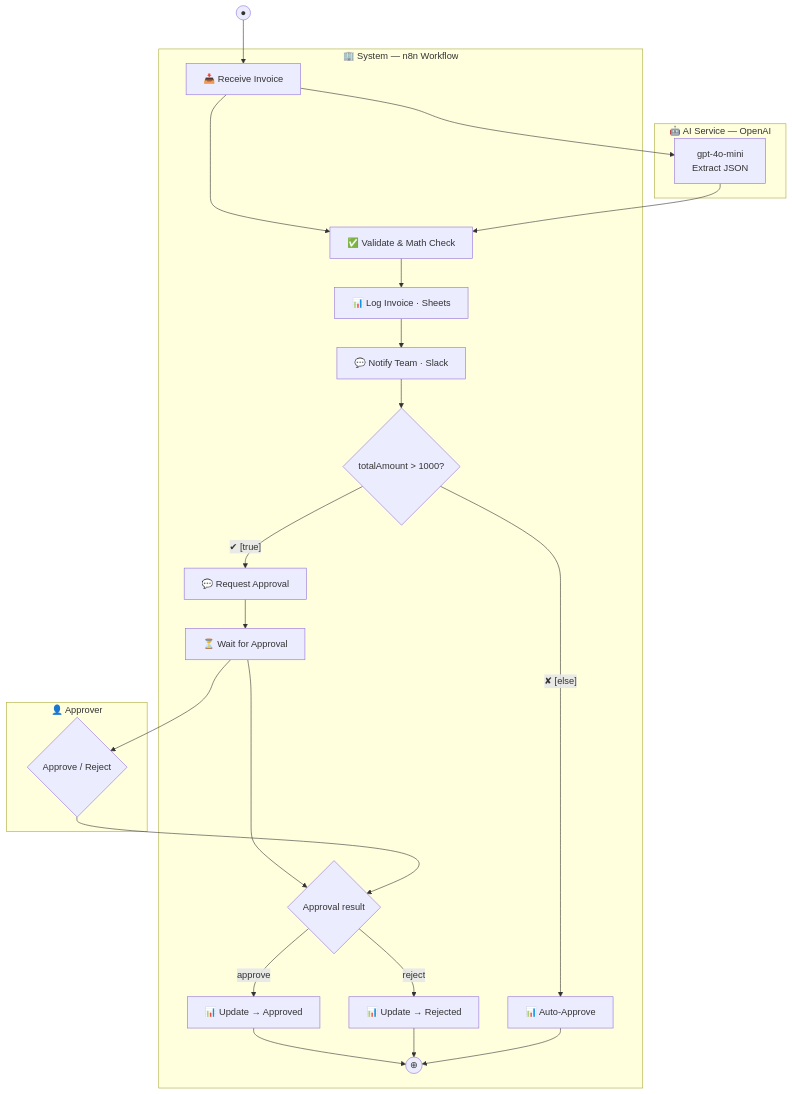
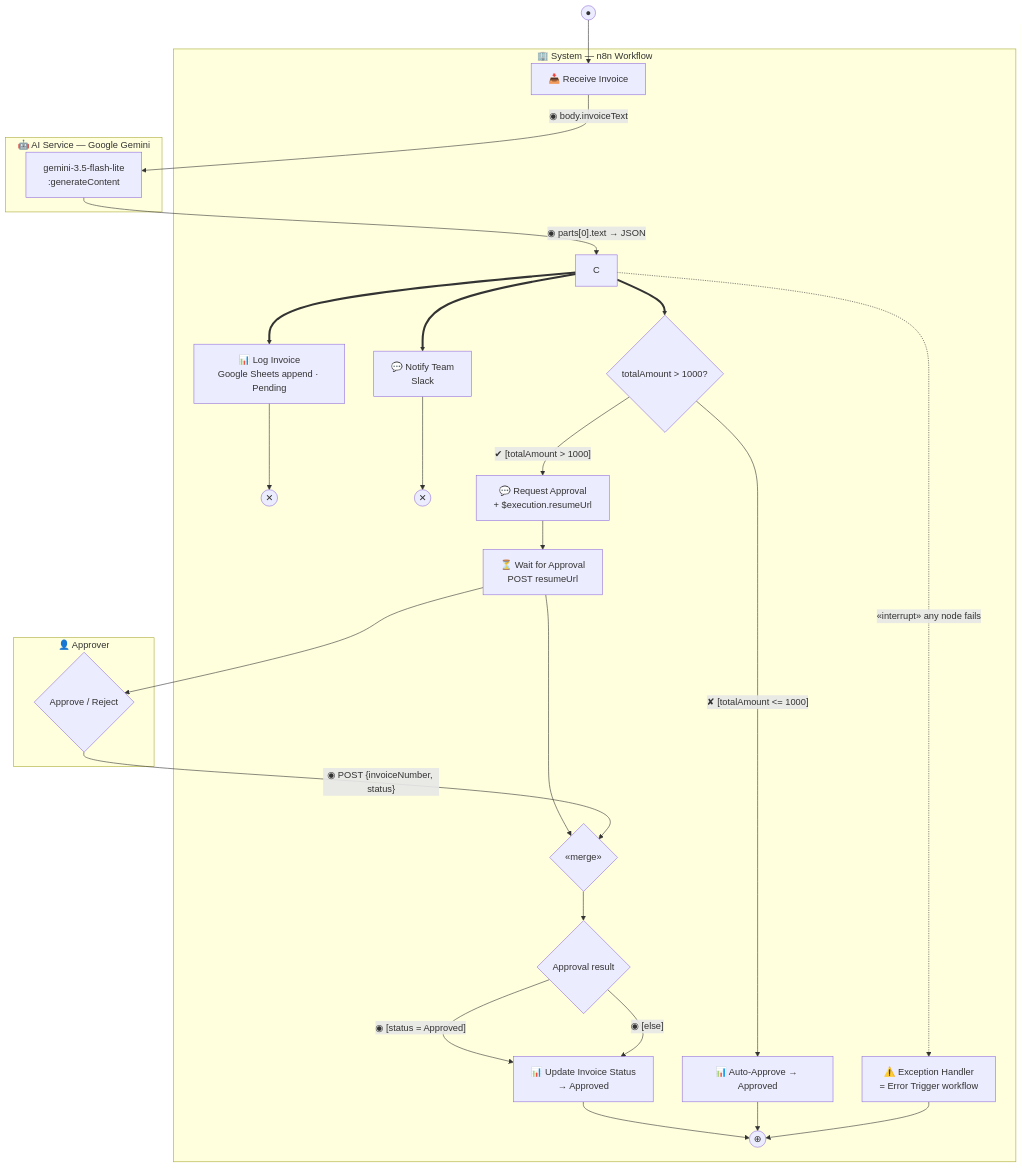
One commit to DoTuanPhong/make_-Invoice-processing-automated-workflow changed the fourth of 4 diagrams in activity-diagram.md. Above: the diagram before and after it, drawn with Mermaid. The commit also changed other lines of this file and 4 other files, not shown here.

Commit message:
Refactor invoice processing workflow to integrate Google Gemini for AI extraction, update Slack notifications, and enhance error handling. Modify sequence and state diagrams to reflect changes in workflow logic and error management.

````diff
--- a/activity-diagram.md
+++ b/activity-diagram.md
@@ -91,29 +139,33 @@
 ```mermaid
 flowchart TD
     START((●)) --> A
     subgraph SYS["🏢 System — n8n Workflow"]
-        A["📥 Receive Invoice"] --> C["✅ Validate & Math Check"]
-        C --> D["📊 Log Invoice · Sheets"]
-        D --> E["💬 Notify Team · Slack"]
-        E --> F{"totalAmount > 1000?"}
-        F -->|"✔ [true]"| G["💬 Request Approval"]
-        G --> H["⏳ Wait for Approval"]
-        H --> M{"Approval result"}
-        M -->|"approve"| I["📊 Update → Approved"]
-        M -->|"reject"| I2["📊 Update → Rejected"]
-        F -->|"✘ [else]"| J["📊 Auto-Approve"]
+        A["📥 Receive Invoice"]
+        C ==> D["📊 Log Invoice<br/>Google Sheets append · Pending"]
+        D --> FFD(("✕"))
+        C ==> E["💬 Notify Team<br/>Slack"]
+        E --> FFE(("✕"))
+        C ==> F{"totalAmount > 1000?"}
+        F -->|"✔ [totalAmount > 1000]"| G["💬 Request Approval<br/>+ $execution.resumeUrl"]
+        G --> H["⏳ Wait for Approval<br/>POST resumeUrl"]
+        H --> MG{"«merge»"}
+        MG --> MD{"Approval result"}
+        MD -->|"◉ [status = Approved]"| I["📊 Update Invoice Status<br/>→ Approved"]
+        MD -->|"◉ [else]"| I
+        F -->|"✘ [totalAmount <= 1000]"| J["📊 Auto-Approve → Approved"]
         I --> K((⊕))
-        I2 --> K
         J --> K
+        C -.->|"«interrupt» any node fails"| X["⚠️ Exception Handler<br/>= Error Trigger workflow"]
+        X --> K
     end
-    subgraph AI["🤖 AI Service — OpenAI"]
-        B["gpt-4o-mini<br/>Extract JSON"]
+    subgraph AI["🤖 AI Service — Google Gemini"]
+        B["gemini-3.5-flash-lite<br/>:generateContent"]
     end
     subgraph APP["👤 Approver"]
         AP{"Approve / Reject"}
     end
-    A --> B
-    B --> C
+    A -->|"◉ body.invoiceText"| B
+    B -->|"◉ parts[0].text → JSON"| C
     H --> AP
-    AP --> M
+    AP -->|"◉ POST {invoiceNumber, status}"| MG
 ```
````
